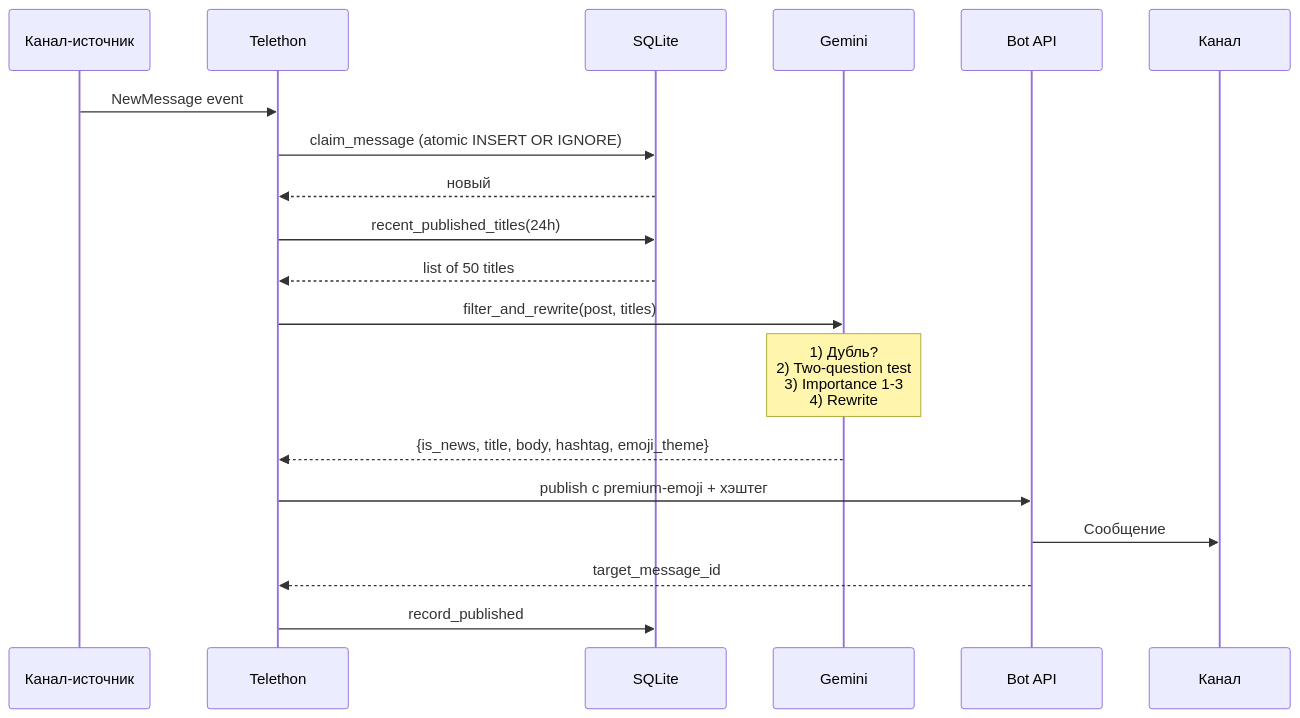
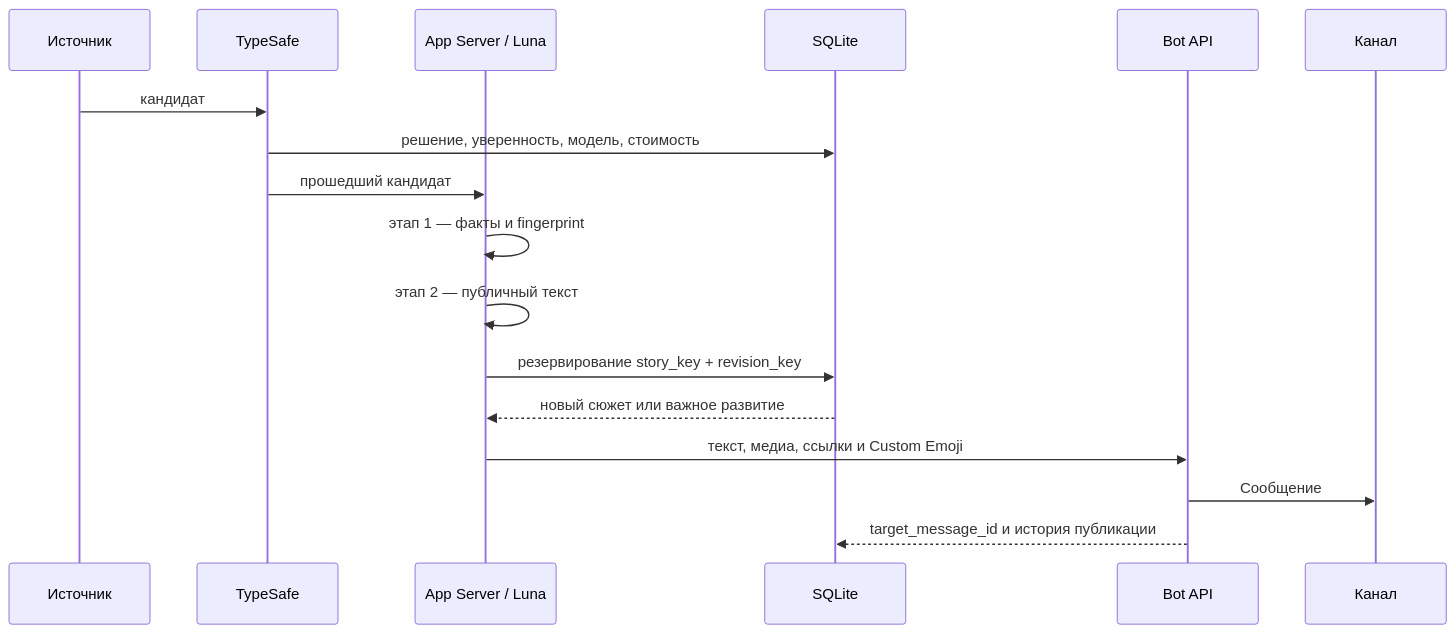
One commit to Gildra-Foundation/news changed the second of 3 diagrams in README.md. Above: the diagram before and after it, drawn with Mermaid. The commit also changed other lines of this file, not shown here.

Commit message:
docs: describe the production news pipeline

````diff
--- a/README.md
+++ b/README.md
@@ -95,22 +75,20 @@
 ```mermaid
 sequenceDiagram
-    participant Src as Канал-источник
-    participant TR as Telethon
+    participant Src as Источник
+    participant Sel as TypeSafe
+    participant Luna as App Server / Luna
     participant DB as SQLite
-    participant AI as Gemini
     participant Bot as Bot API
     participant CH as Канал
 
-    Src->>TR: NewMessage event
-    TR->>DB: claim_message (atomic INSERT OR IGNORE)
-    DB-->>TR: новый
-    TR->>DB: recent_published_titles(24h)
-    DB-->>TR: list of 50 titles
-    TR->>AI: filter_and_rewrite(post, titles)
-    Note over AI: 1) Дубль?<br/>2) Two-question test<br/>3) Importance 1-3<br/>4) Rewrite
-    AI-->>TR: {is_news, title, body, hashtag, emoji_theme}
-    TR->>Bot: publish с premium-emoji + хэштег
+    Src->>Sel: кандидат
+    Sel->>DB: решение, уверенность, модель, стоимость
+    Sel->>Luna: прошедший кандидат
+    Luna->>Luna: этап 1 — факты и fingerprint
+    Luna->>Luna: этап 2 — публичный текст
+    Luna->>DB: резервирование story_key + revision_key
+    DB-->>Luna: новый сюжет или важное развитие
+    Luna->>Bot: текст, медиа, ссылки и Custom Emoji
     Bot->>CH: Сообщение
-    Bot-->>TR: target_message_id
-    TR->>DB: record_published
+    Bot-->>DB: target_message_id и история публикации
 ```
````
